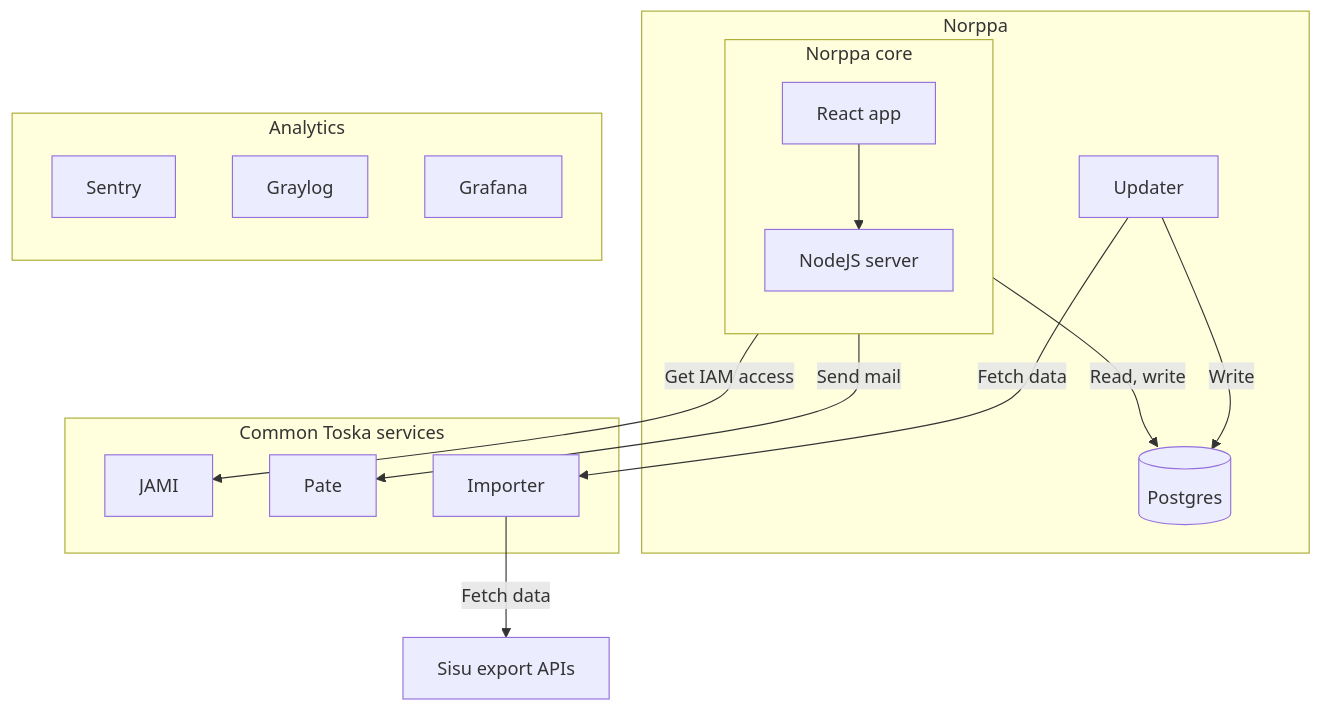
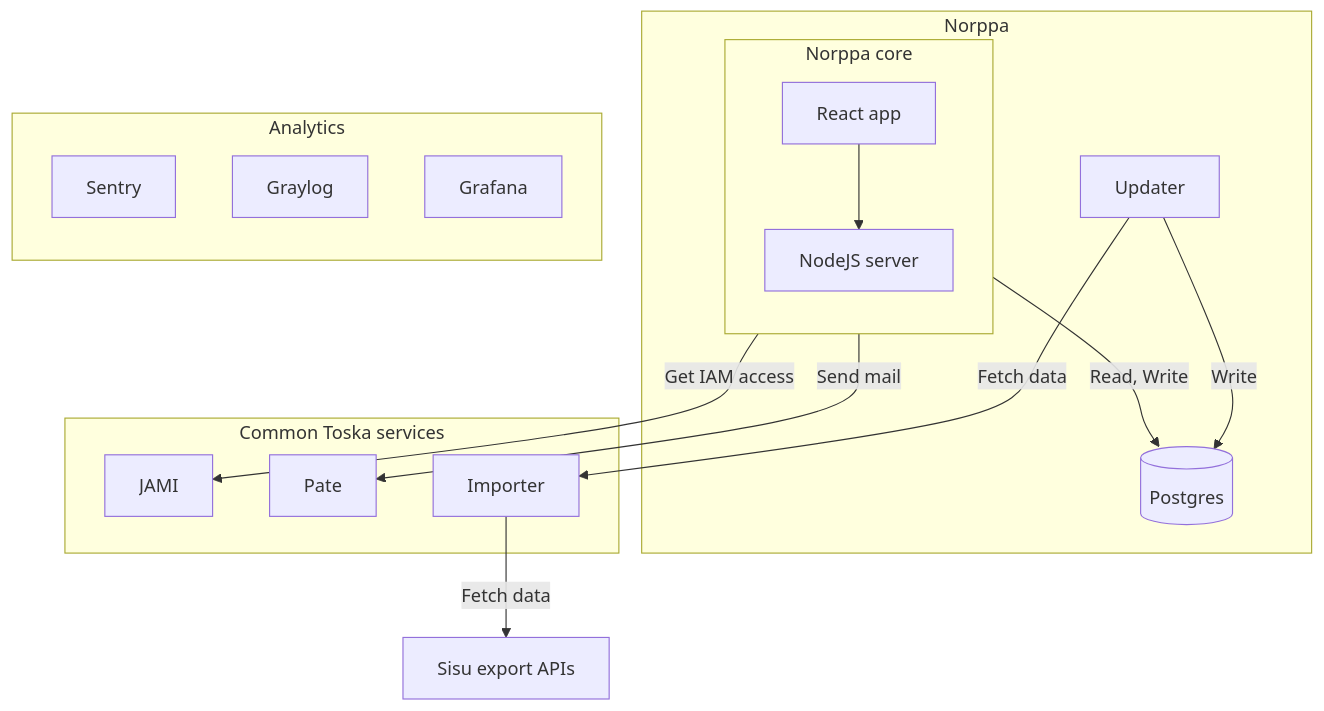
The diagram in README.md (UniversityOfHelsinkiCS/palaute), drawn with Mermaid before and after one commit. The commit also changed other lines of this file, not shown here.

````diff
--- a/README.md
+++ b/README.md
@@ -61,32 +61,32 @@
 ```mermaid
 graph TB
     subgraph Norppa
         subgraph Norppa core
             direction TB
             client[React app] --> server[NodeJS server]
         end
 
-        server -->|Read, write| pg[(Postgres)]
+        server -->|Read, Write| pg[(Postgres)]
         updater[Updater] -->|Write| pg
     end
 
     subgraph Common Toska services
         jami[JAMI]
         pate[Pate]
         importer[Importer]
     end
 
     updater -->|Fetch data| importer
     importer -->|Fetch data| sisu[Sisu export APIs]
     server -->|Get IAM access| jami
     server -->|Send mail| pate
 
 
     subgraph Analytics
         direction TB
         sentry[Sentry]
         graylog[Graylog]
         grafana[Grafana]
     end
 
 ```
````
